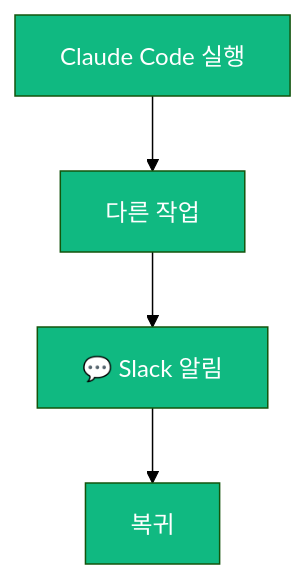
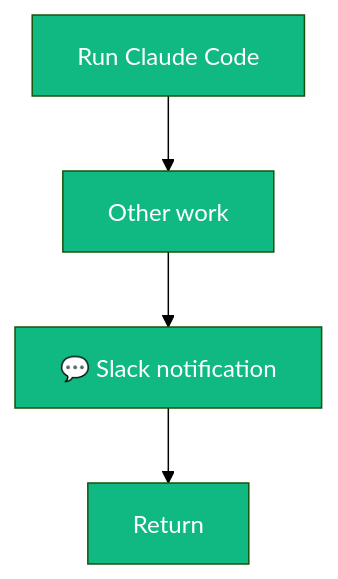
The second of 3 diagrams in README.md (greeun/slack-notifier), drawn with Mermaid (forest theme) before and after one commit. The commit also changed other lines of this file and 3 other files, not shown here.

````diff
--- a/README.md
+++ b/README.md
@@ -30,11 +30,11 @@
 ```mermaid
 flowchart TB
-    B1[Claude Code 실행] --> B2[다른 작업]
-    B2 --> B3[💬 Slack 알림]
-    B3 --> B4[복귀]
+    B1[Run Claude Code] --> B2[Other work]
+    B2 --> B3[💬 Slack notification]
+    B3 --> B4[Return]
 
     style B1 fill:#10b981,color:#fff
     style B2 fill:#10b981,color:#fff
     style B3 fill:#10b981,color:#fff
     style B4 fill:#10b981,color:#fff
 ```
````
